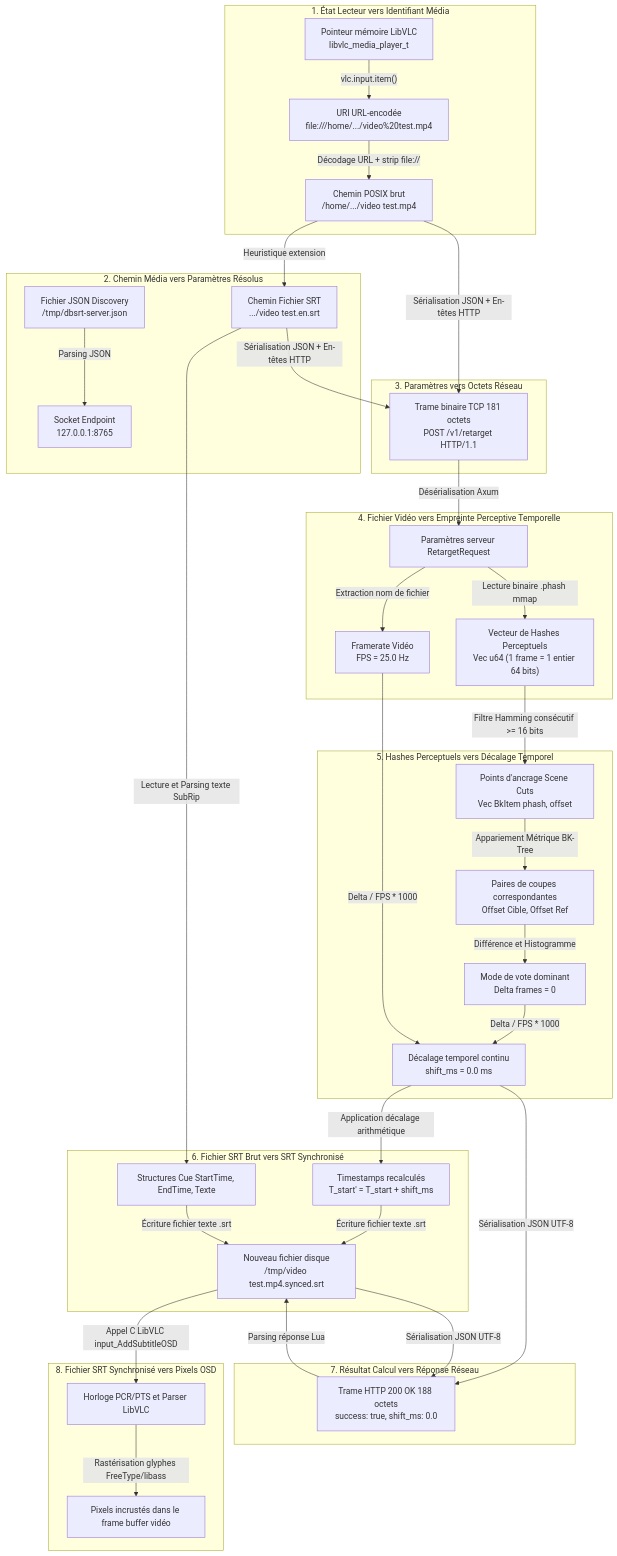
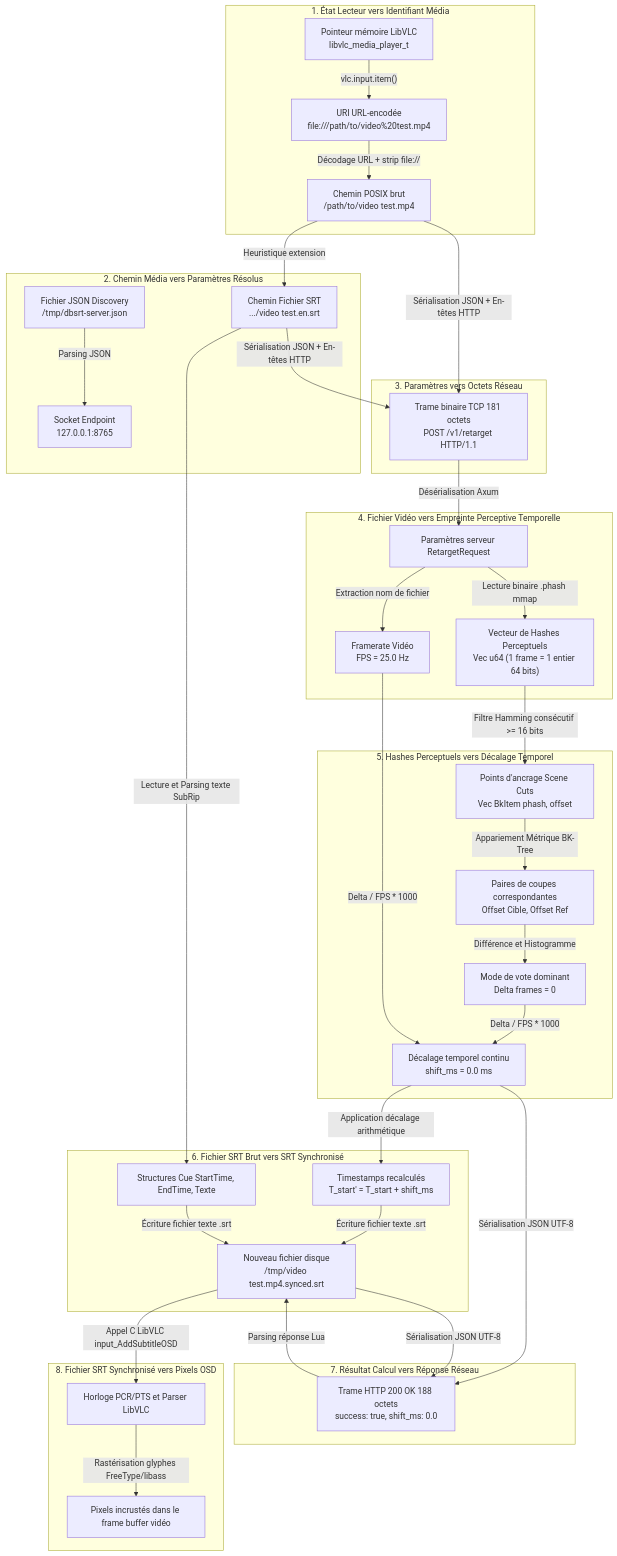
One commit to yoyonel/pydbsrt changed the third of 3 diagrams in docs/2026-10-15-vlc-integration-daemon-and-plugins.md. Above: the diagram before and after it, drawn with Mermaid. The commit also changed other lines of this file and 9 other files, not shown here.

````diff
--- a/docs/2026-10-15-vlc-integration-daemon-and-plugins.md
+++ b/docs/2026-10-15-vlc-integration-daemon-and-plugins.md
@@ -118,49 +118,49 @@
 ```mermaid
 flowchart TD
     subgraph S1 ["1. État Lecteur vers Identifiant Média"]
-        D0["Pointeur mémoire LibVLC<br/>libvlc_media_player_t"] -->|"vlc.input.item()"| D1["URI URL-encodée<br/>file:///home/.../video%20test.mp4"]
-        D1 -->|"Décodage URL + strip file://"| D2["Chemin POSIX brut<br/>/home/.../video test.mp4"]
+        D0["Pointeur mémoire LibVLC<br/>libvlc_media_player_t"] -->|"vlc.input.item()"| D1["URI URL-encodée<br/>file:///path/to/video%20test.mp4"]
+        D1 -->|"Décodage URL + strip file://"| D2["Chemin POSIX brut<br/>/path/to/video test.mp4"]
     end
 
     subgraph S2 ["2. Chemin Média vers Paramètres Résolus"]
         D2 -->|"Heuristique extension"| D3["Chemin Fichier SRT<br/>.../video test.en.srt"]
         DISC["Fichier JSON Discovery<br/>/tmp/dbsrt-server.json"] -->|"Parsing JSON"| D4["Socket Endpoint<br/>127.0.0.1:8765"]
     end
 
     subgraph S3 ["3. Paramètres vers Octets Réseau"]
         D2 -->|"Sérialisation JSON + En-têtes HTTP"| D5["Trame binaire TCP 181 octets<br/>POST /v1/retarget HTTP/1.1"]
         D3 -->|"Sérialisation JSON + En-têtes HTTP"| D5
     end
 
     subgraph S4 ["4. Fichier Vidéo vers Empreinte Perceptive Temporelle"]
         D5 -->|"Désérialisation Axum"| D6["Paramètres serveur RetargetRequest"]
         D6 -->|"Lecture binaire .phash mmap"| D7["Vecteur de Hashes Perceptuels<br/>Vec u64 (1 frame = 1 entier 64 bits)"]
         D6 -->|"Extraction nom de fichier"| D8["Framerate Vidéo<br/>FPS = 25.0 Hz"]
     end
 
     subgraph S5 ["5. Hashes Perceptuels vers Décalage Temporel"]
         D7 -->|"Filtre Hamming consécutif >= 16 bits"| D9["Points d'ancrage Scene Cuts<br/>Vec BkItem phash, offset"]
         D9 -->|"Appariement Métrique BK-Tree"| D10["Paires de coupes correspondantes<br/>Offset Cible, Offset Ref"]
         D10 -->|"Différence et Histogramme"| D11["Mode de vote dominant<br/>Delta frames = 0"]
         D11 -->|"Delta / FPS * 1000"| D12["Décalage temporel continu<br/>shift_ms = 0.0 ms"]
         D8 -->|"Delta / FPS * 1000"| D12
     end
 
     subgraph S6 ["6. Fichier SRT Brut vers SRT Synchronisé"]
         D12 -->|"Application décalage arithmétique"| D13["Timestamps recalculés<br/>T_start' = T_start + shift_ms"]
         D3 -->|"Lecture et Parsing texte SubRip"| D14["Structures Cue StartTime, EndTime, Texte"]
         D13 -->|"Écriture fichier texte .srt"| D15["Nouveau fichier disque<br/>/tmp/video test.mp4.synced.srt"]
         D14 -->|"Écriture fichier texte .srt"| D15
     end
 
     subgraph S7 ["7. Résultat Calcul vers Réponse Réseau"]
         D12 -->|"Sérialisation JSON UTF-8"| D16["Trame HTTP 200 OK 188 octets<br/>success: true, shift_ms: 0.0"]
         D15 -->|"Sérialisation JSON UTF-8"| D16
     end
 
     subgraph S8 ["8. Fichier SRT Synchronisé vers Pixels OSD"]
         D16 -->|"Parsing réponse Lua"| D15
         D15 -->|"Appel C LibVLC input_AddSubtitleOSD"| D17["Horloge PCR/PTS et Parser LibVLC"]
         D17 -->|"Rastérisation glyphes FreeType/libass"| D18["Pixels incrustés dans le frame buffer vidéo"]
     end
 ```
````
